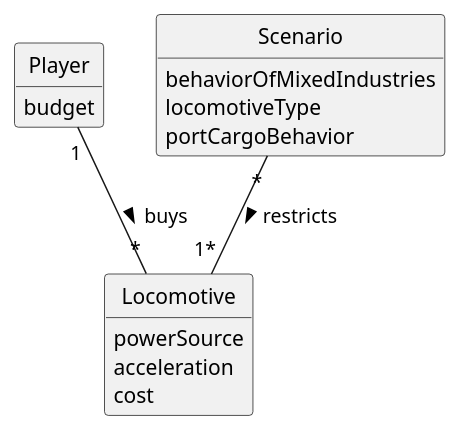
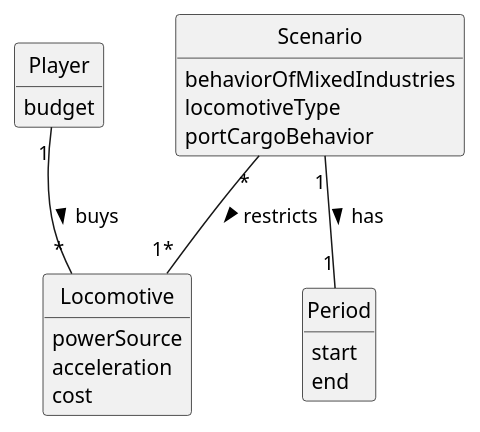
Before and after one commit to 1240826/empire-on-tracks: the diagram in docs/system-documentation/US009/02.analysis/puml/US009-DM.puml, drawn with PlantUML. The commit also changed 1 other file, not shown here.

```diff
--- a/docs/system-documentation/US009/02.analysis/puml/US009-DM.puml
+++ b/docs/system-documentation/US009/02.analysis/puml/US009-DM.puml
@@ -1,32 +1,38 @@
 @startuml
 skinparam monochrome true
 skinparam packageStyle rectangle
 skinparam shadowing false
 
 skinparam classAttributeIconSize 0
 
 hide circle
 hide methods
 
 'title Domain Model for US009 - Buy a Locomotive
 
 class Player {
     budget
 }
 
 class Locomotive {
     powerSource
     acceleration
     cost
 }
 
 class Scenario {
     behaviorOfMixedIndustries
     locomotiveType
     portCargoBehavior
 }
 
+class Period {
+    start
+    end
+}
+
 Player "1" -- "*" Locomotive : buys >
 Scenario "*" -- "1*" Locomotive : restricts >
+Scenario "1" -- "1" Period : has >
 
 @enduml
```
